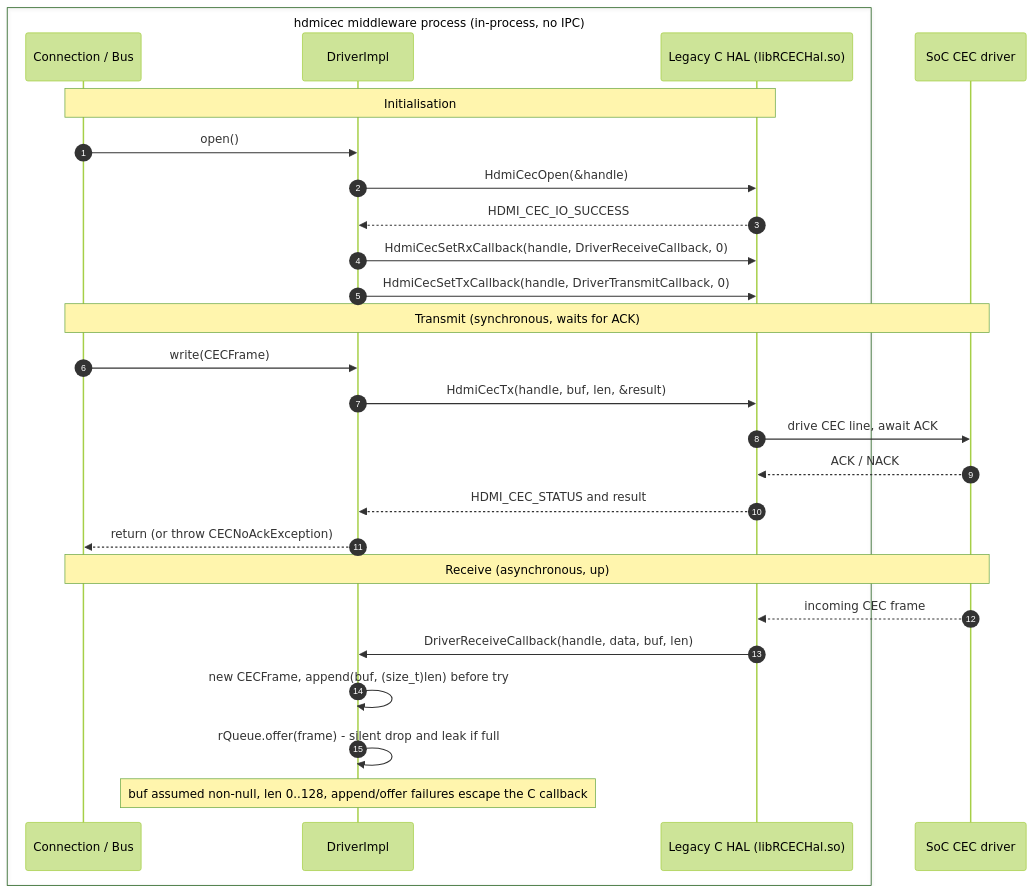
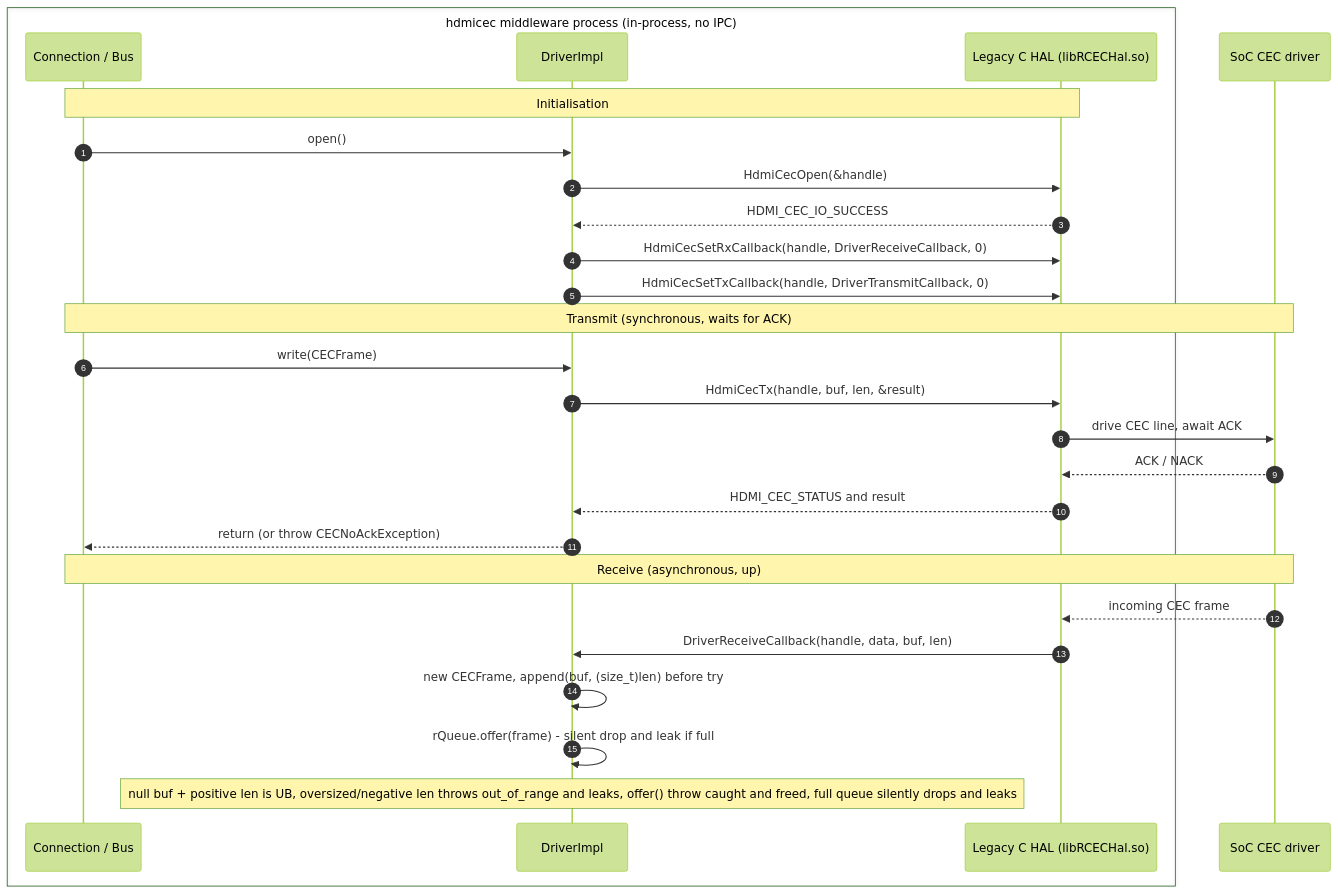
Before and after one commit to Blitzy-Sky/hdmicec: the first of 2 diagrams in docs/architecture/hal-interaction.md, drawn with Mermaid (forest theme). The commit also changed other lines of this file and 37 other files, not shown here.

````diff
--- a/docs/architecture/hal-interaction.md
+++ b/docs/architecture/hal-interaction.md
@@ -97,32 +101,32 @@
 ```mermaid
 sequenceDiagram
     autonumber
     box transparent hdmicec middleware process (in-process, no IPC)
         participant BUS as Connection / Bus
         participant DI as DriverImpl
         participant HAL as Legacy C HAL (libRCECHal.so)
     end
     participant SOC as SoC CEC driver
 
     Note over BUS,HAL: Initialisation
     BUS->>DI: open()
     DI->>HAL: HdmiCecOpen(&handle)
     HAL-->>DI: HDMI_CEC_IO_SUCCESS
     DI->>HAL: HdmiCecSetRxCallback(handle, DriverReceiveCallback, 0)
     DI->>HAL: HdmiCecSetTxCallback(handle, DriverTransmitCallback, 0)
 
     Note over BUS,SOC: Transmit (synchronous, waits for ACK)
     BUS->>DI: write(CECFrame)
     DI->>HAL: HdmiCecTx(handle, buf, len, &result)
     HAL->>SOC: drive CEC line, await ACK
     SOC-->>HAL: ACK / NACK
     HAL-->>DI: HDMI_CEC_STATUS and result
     DI-->>BUS: return (or throw CECNoAckException)
 
     Note over SOC,BUS: Receive (asynchronous, up)
     SOC-->>HAL: incoming CEC frame
     HAL->>DI: DriverReceiveCallback(handle, data, buf, len)
     DI->>DI: new CECFrame, append(buf, (size_t)len) before try
     DI->>DI: rQueue.offer(frame) - silent drop and leak if full
-    Note over DI: buf assumed non-null, len 0..128, append/offer failures escape the C callback
+    Note over DI: null buf + positive len is UB, oversized/negative len throws out_of_range and leaks, offer() throw caught and freed, full queue silently drops and leaks
 ```
````
